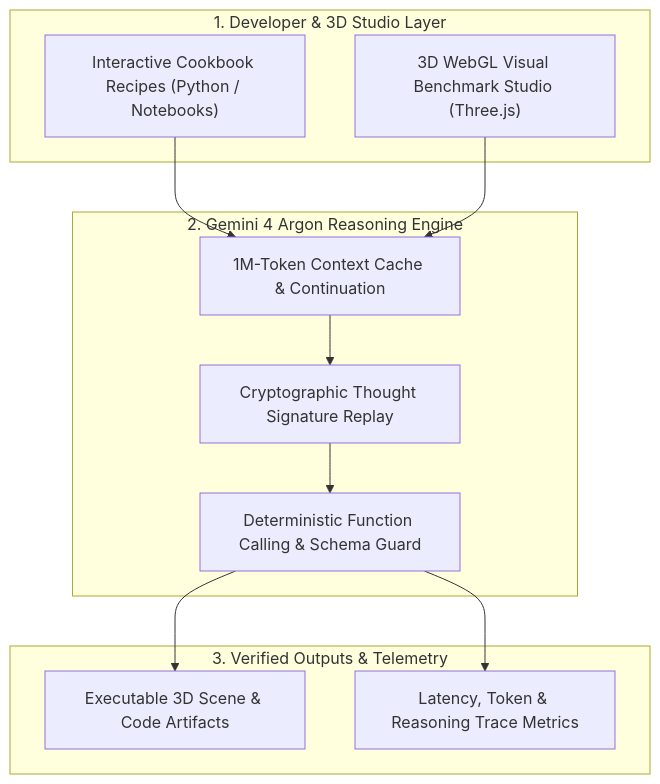
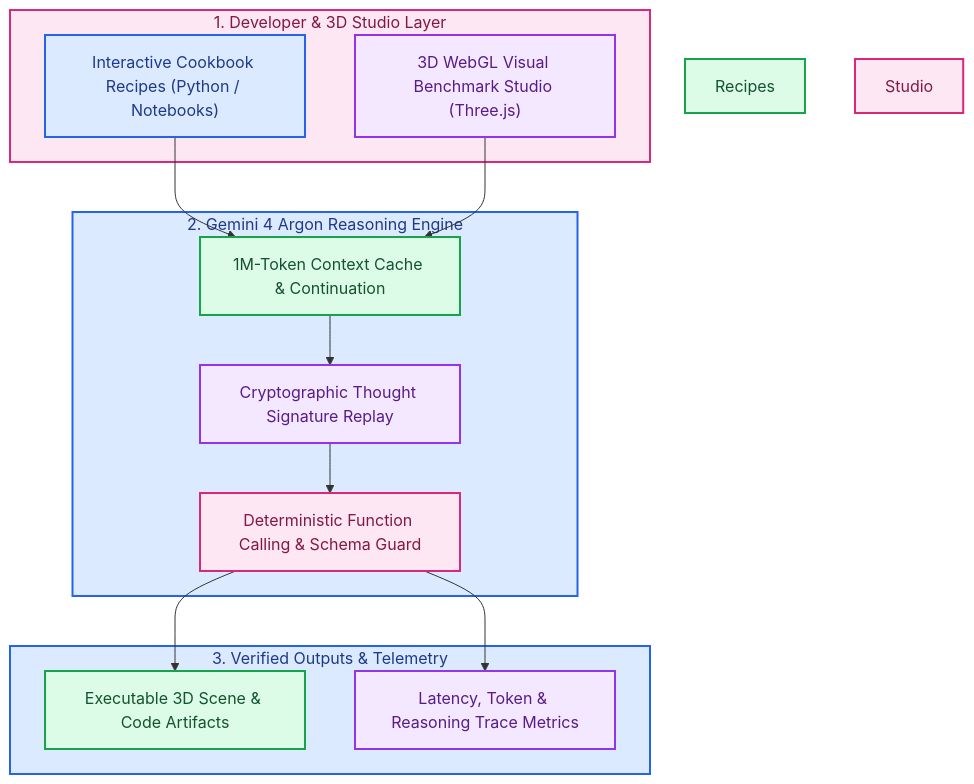
The diagram in README.md (RobinaMirbahar/gemini-4-argon-cookbook), drawn with Mermaid before and after one commit. The commit also changed other lines of this file, not shown here.

Commit message:
docs: add 3-line Author & Companion Publication header, color-coded Mermaid diagram, and remove repetitive footer

````diff
--- a/README.md
+++ b/README.md
@@ -28,21 +29,33 @@
 ```mermaid
 flowchart TD
     subgraph Client ["1. Developer & 3D Studio Layer"]
         C_NB["Interactive Cookbook Recipes (Python / Notebooks)"]
         C_3D["3D WebGL Visual Benchmark Studio (Three.js)"]
     end
     subgraph Core ["2. Gemini 4 Argon Reasoning Engine"]
         G_Ctx["1M-Token Context Cache & Continuation"]
         G_Sig["Cryptographic Thought Signature Replay"]
         G_Tools["Deterministic Function Calling & Schema Guard"]
     end
     subgraph Out ["3. Verified Outputs & Telemetry"]
         O_Code["Executable 3D Scene & Code Artifacts"]
         O_Eval["Latency, Token & Reasoning Trace Metrics"]
     end
     C_NB --> G_Ctx
     C_3D --> G_Ctx
     G_Ctx --> G_Sig --> G_Tools
     G_Tools --> O_Code
     G_Tools --> O_Eval
+    style Client fill:#fce7f3,stroke:#db2777,stroke-width:2px,color:#831843
+    style C_NB fill:#dbeafe,stroke:#2563eb,stroke-width:2px,color:#1e3a8a
+    style Recipes fill:#dcfce7,stroke:#16a34a,stroke-width:2px,color:#14532d
+    style C_3D fill:#f3e8ff,stroke:#9333ea,stroke-width:2px,color:#581c87
+    style Studio fill:#fce7f3,stroke:#db2777,stroke-width:2px,color:#831843
+    style Core fill:#dbeafe,stroke:#2563eb,stroke-width:2px,color:#1e3a8a
+    style G_Ctx fill:#dcfce7,stroke:#16a34a,stroke-width:2px,color:#14532d
+    style G_Sig fill:#f3e8ff,stroke:#9333ea,stroke-width:2px,color:#581c87
+    style G_Tools fill:#fce7f3,stroke:#db2777,stroke-width:2px,color:#831843
+    style Out fill:#dbeafe,stroke:#2563eb,stroke-width:2px,color:#1e3a8a
+    style O_Code fill:#dcfce7,stroke:#16a34a,stroke-width:2px,color:#14532d
+    style O_Eval fill:#f3e8ff,stroke:#9333ea,stroke-width:2px,color:#581c87
 ```
````
